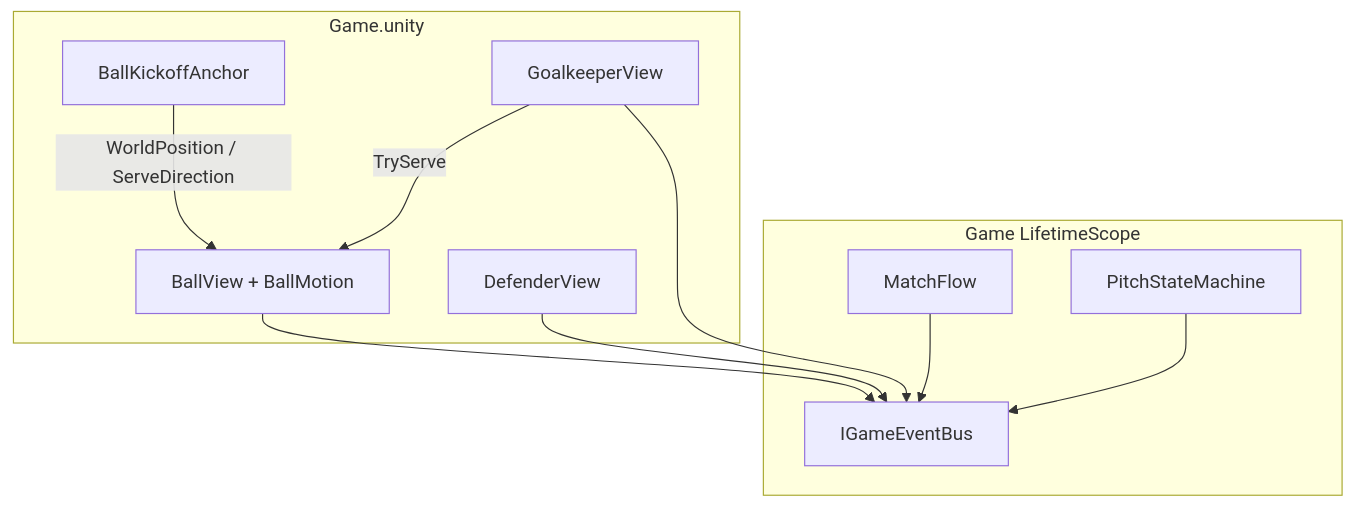
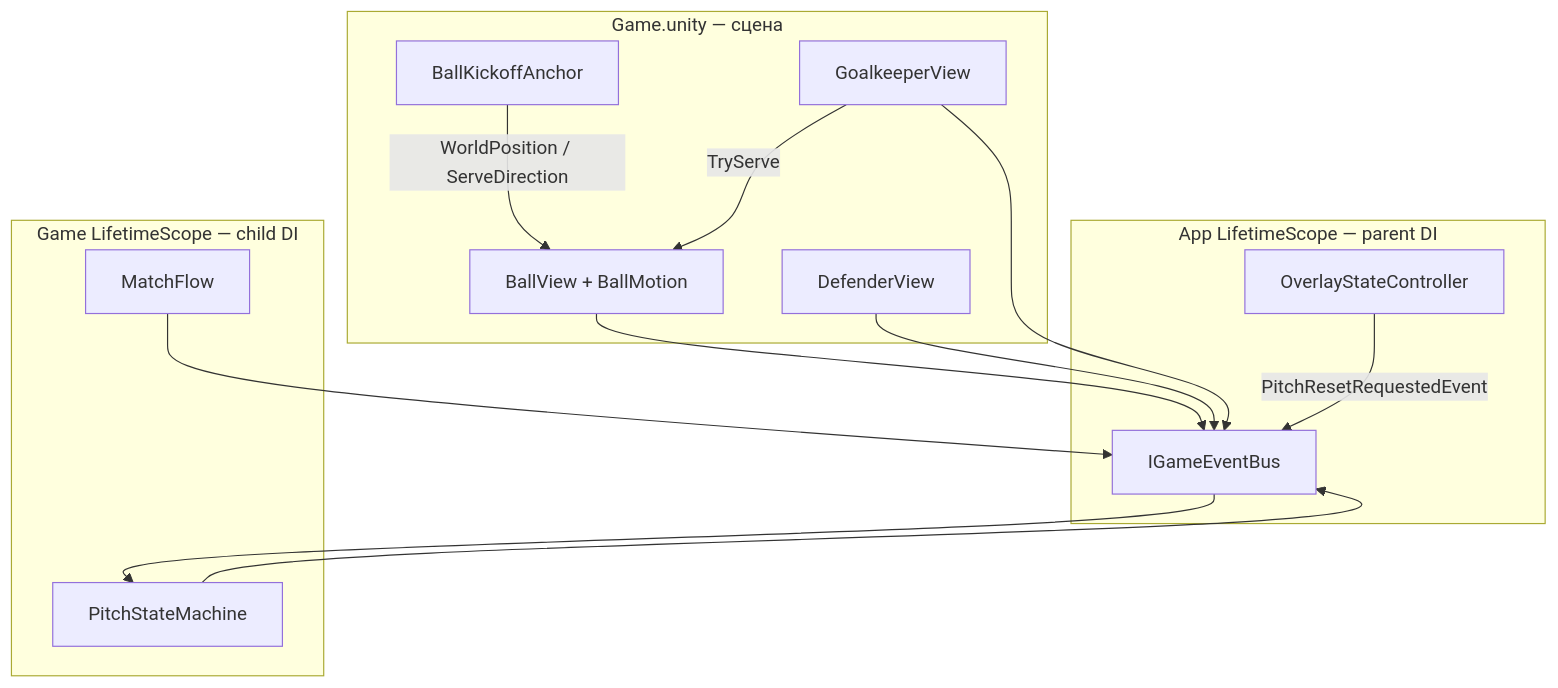
The diagram in Wiki/FutboloidWiki/Архитектура/Связь сцены с кодом.md (DeployChef/Futboloid), drawn with Mermaid before and after one commit. The commit also changed other lines of this file and 74 other files, not shown here.

````diff
--- a/Wiki/FutboloidWiki/Архитектура/Связь сцены с кодом.md
+++ b/Wiki/FutboloidWiki/Архитектура/Связь сцены с кодом.md
@@ -18,23 +18,29 @@
 ```mermaid
 flowchart TB
-    subgraph scene [Game.unity]
+    subgraph scene ["Game.unity — сцена"]
         KA[BallKickoffAnchor]
         BV[BallView + BallMotion]
         GV[GoalkeeperView]
         DV[DefenderView]
     end
 
-    subgraph scope [Game LifetimeScope]
+    subgraph appScope ["App LifetimeScope — parent DI"]
         Bus[IGameEventBus]
+        OSC[OverlayStateController]
+    end
+
+    subgraph gameScope ["Game LifetimeScope — child DI"]
         MF[MatchFlow]
         PFSM[PitchStateMachine]
     end
 
     KA -->|WorldPosition / ServeDirection| BV
     GV -->|TryServe| BV
     BV --> Bus
     DV --> Bus
     GV --> Bus
     MF --> Bus
     PFSM --> Bus
+    OSC -->|PitchResetRequestedEvent| Bus
+    Bus --> PFSM
 ```
````
